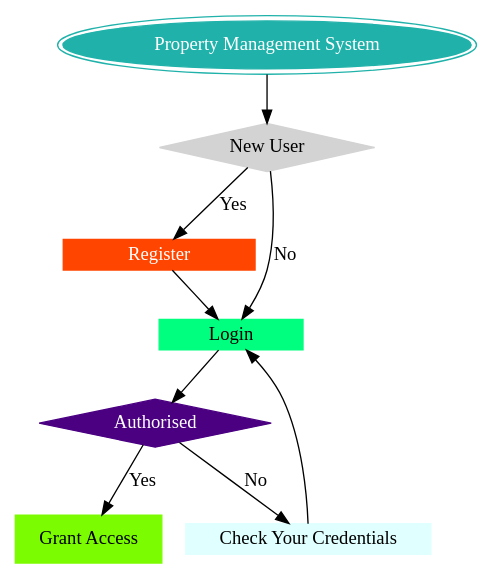
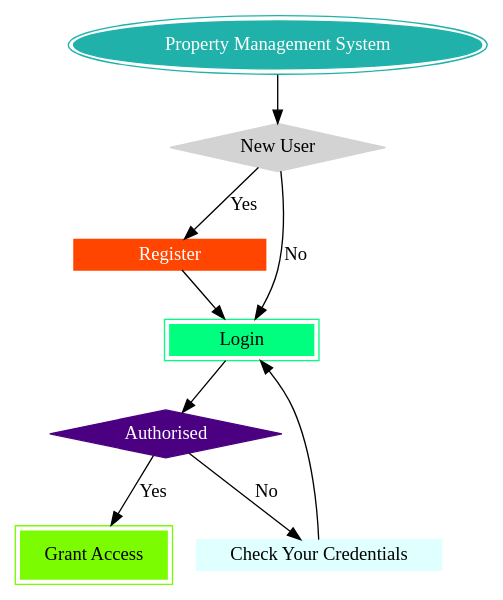
The diagram in docs/source/flowSequence.rst (IIITM-Jay/Property-Management-System-Docs), drawn with Graphviz before and after one commit.

```diff
--- a/docs/source/flowSequence.rst
+++ b/docs/source/flowSequence.rst
@@ -5,23 +5,23 @@
 .. graphviz::
    :align: center
 
    digraph {
       a->b
       b->d [label="Yes", labelfontcolor=green]
       b->c [label="No", labelfontcolor=red]
       d->c 
       c->e
       e->f [label="Yes"]
       e->g [label="No"]
       g->c
       a [shap=ellipse, peripheries=2,color= lightseagreen, label="Property Management System", style=filled, fontcolor=white];
       b [shape=diamond, label="New User" color="lightgray", style=filled]
-      c [shape=box, label="Login", height=0.25, width=1.5, color=springgreen,style=filled, fontcolor=black ]
+      c [shape=box, label="Login",peripheries=2, height=0.25, width=1.5, color=springgreen,style=filled, fontcolor=black ]
       d [shape=box, label="Register", height=0.25, width=2, color=orangered,style=filled, fontcolor=white ]
       e [shape=diamond, label="Authorised", color=indigo, fontcolor=white, style=filled]
-      f [shape=box, label="Grant Access", color=lawngreen, fontcolor=white, style=filled, fontcolor=black ]
+      f [shape=box, label="Grant Access", peripheries=2,color=lawngreen, fontcolor=white, style=filled, fontcolor=black ]
       g [shape=box, label="Check Your Credentials", height=0.25, width=2, color=  lightcyan, style=filled ,fontcolor=black ]
 
 
       
    }
```
